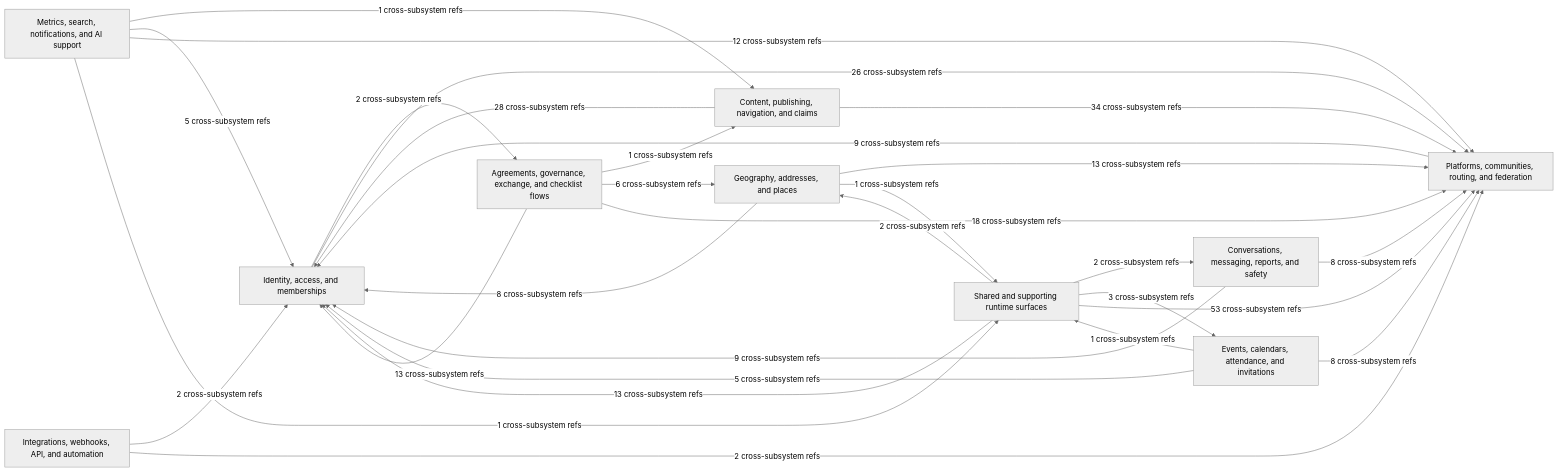
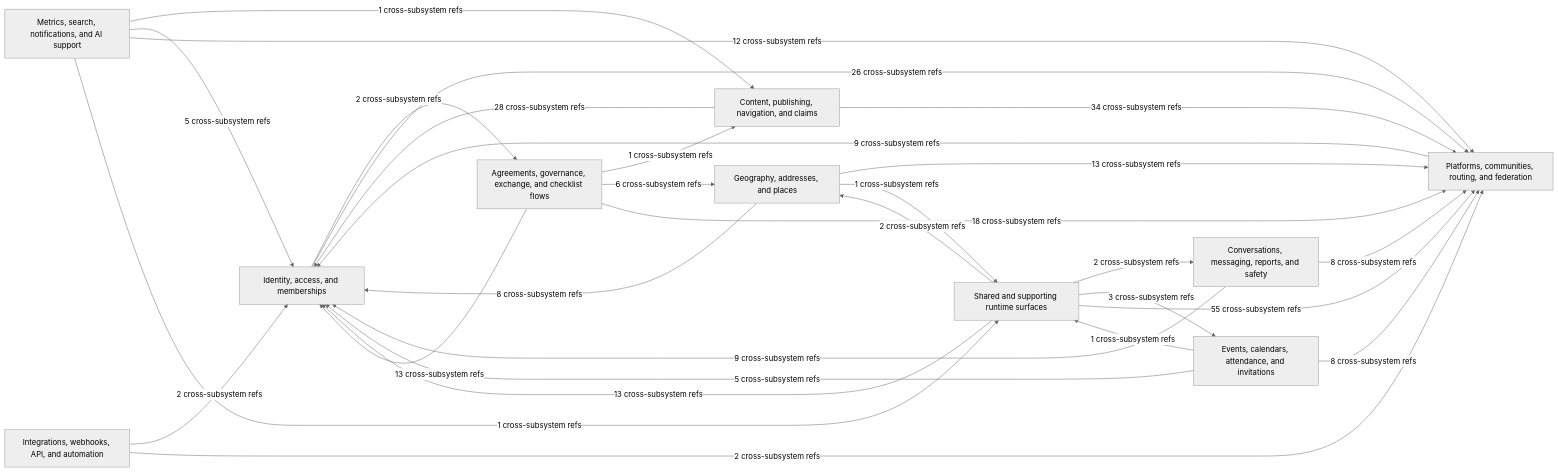
The diagram in docs/diagrams/source/ce_subsystem_interaction_map.mmd (better-together-org/community-engine-rails), drawn with Mermaid (neutral theme) before and after one commit. The commit also changed 37 other files, not shown here.

```diff
--- a/docs/diagrams/source/ce_subsystem_interaction_map.mmd
+++ b/docs/diagrams/source/ce_subsystem_interaction_map.mmd
@@ -1,41 +1,41 @@
 %% Generated by scripts/export_subsystem_diagrams.rb
 flowchart LR
   identity_access["Identity, access, and memberships"]
   platform_network["Platforms, communities, routing, and federation"]
   content_publishing["Content, publishing, navigation, and claims"]
   geography_and_places["Geography, addresses, and places"]
   events_calendar["Events, calendars, attendance, and invitations"]
   conversations_safety["Conversations, messaging, reports, and safety"]
   exchange_governance["Agreements, governance, exchange, and checklist flows"]
   metrics_search_ai["Metrics, search, notifications, and AI support"]
   integrations_webhooks["Integrations, webhooks, API, and automation"]
   shared_supporting["Shared and supporting runtime surfaces"]
 
   content_publishing -->|28 cross-subsystem refs| identity_access
   content_publishing -->|34 cross-subsystem refs| platform_network
   conversations_safety -->|9 cross-subsystem refs| identity_access
   conversations_safety -->|8 cross-subsystem refs| platform_network
   events_calendar -->|5 cross-subsystem refs| identity_access
   events_calendar -->|8 cross-subsystem refs| platform_network
   events_calendar -->|1 cross-subsystem refs| shared_supporting
   exchange_governance -->|1 cross-subsystem refs| content_publishing
   exchange_governance -->|6 cross-subsystem refs| geography_and_places
   exchange_governance -->|13 cross-subsystem refs| identity_access
   exchange_governance -->|18 cross-subsystem refs| platform_network
   geography_and_places -->|8 cross-subsystem refs| identity_access
   geography_and_places -->|13 cross-subsystem refs| platform_network
   geography_and_places -->|1 cross-subsystem refs| shared_supporting
   identity_access -->|2 cross-subsystem refs| exchange_governance
   identity_access -->|26 cross-subsystem refs| platform_network
   integrations_webhooks -->|2 cross-subsystem refs| identity_access
   integrations_webhooks -->|2 cross-subsystem refs| platform_network
   metrics_search_ai -->|1 cross-subsystem refs| content_publishing
   metrics_search_ai -->|5 cross-subsystem refs| identity_access
   metrics_search_ai -->|12 cross-subsystem refs| platform_network
   metrics_search_ai -->|1 cross-subsystem refs| shared_supporting
   platform_network -->|9 cross-subsystem refs| identity_access
   shared_supporting -->|2 cross-subsystem refs| conversations_safety
   shared_supporting -->|3 cross-subsystem refs| events_calendar
   shared_supporting -->|2 cross-subsystem refs| geography_and_places
   shared_supporting -->|13 cross-subsystem refs| identity_access
-  shared_supporting -->|53 cross-subsystem refs| platform_network
+  shared_supporting -->|55 cross-subsystem refs| platform_network
```
